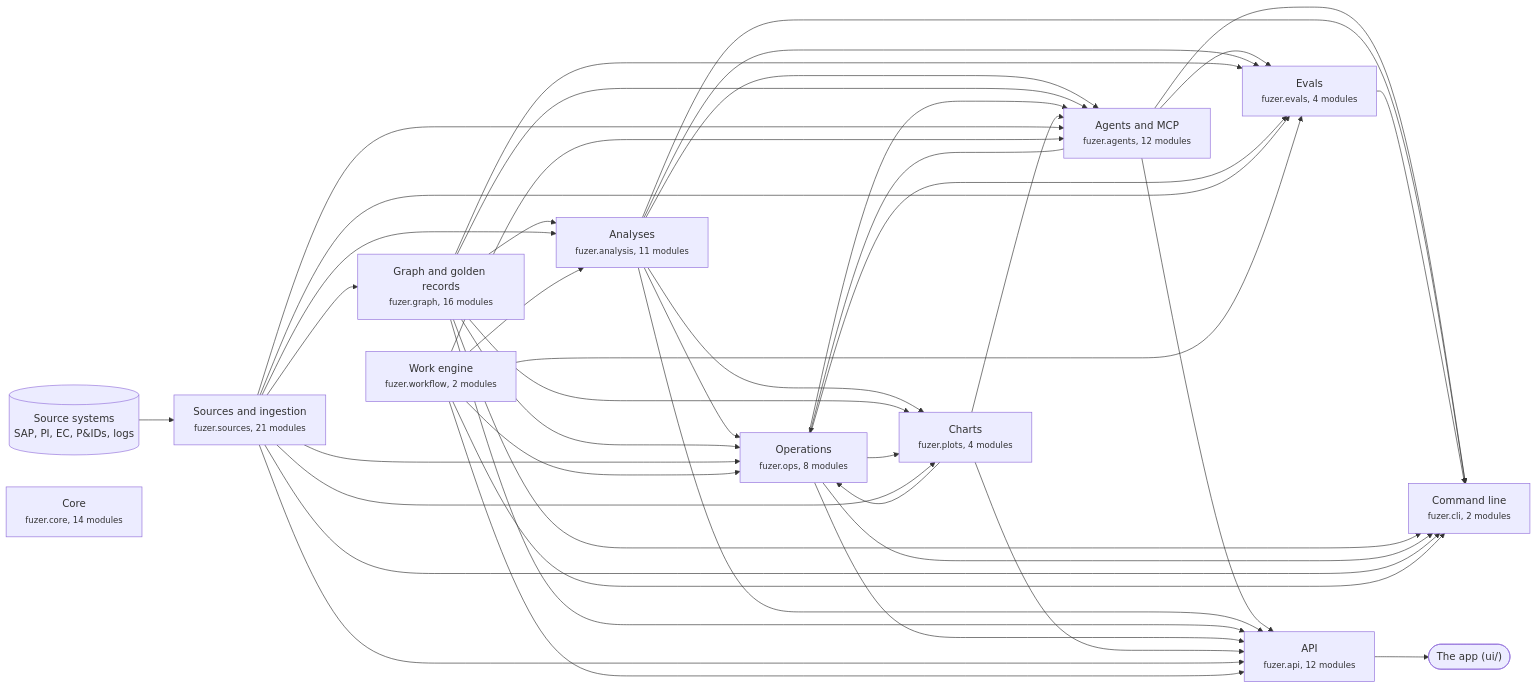
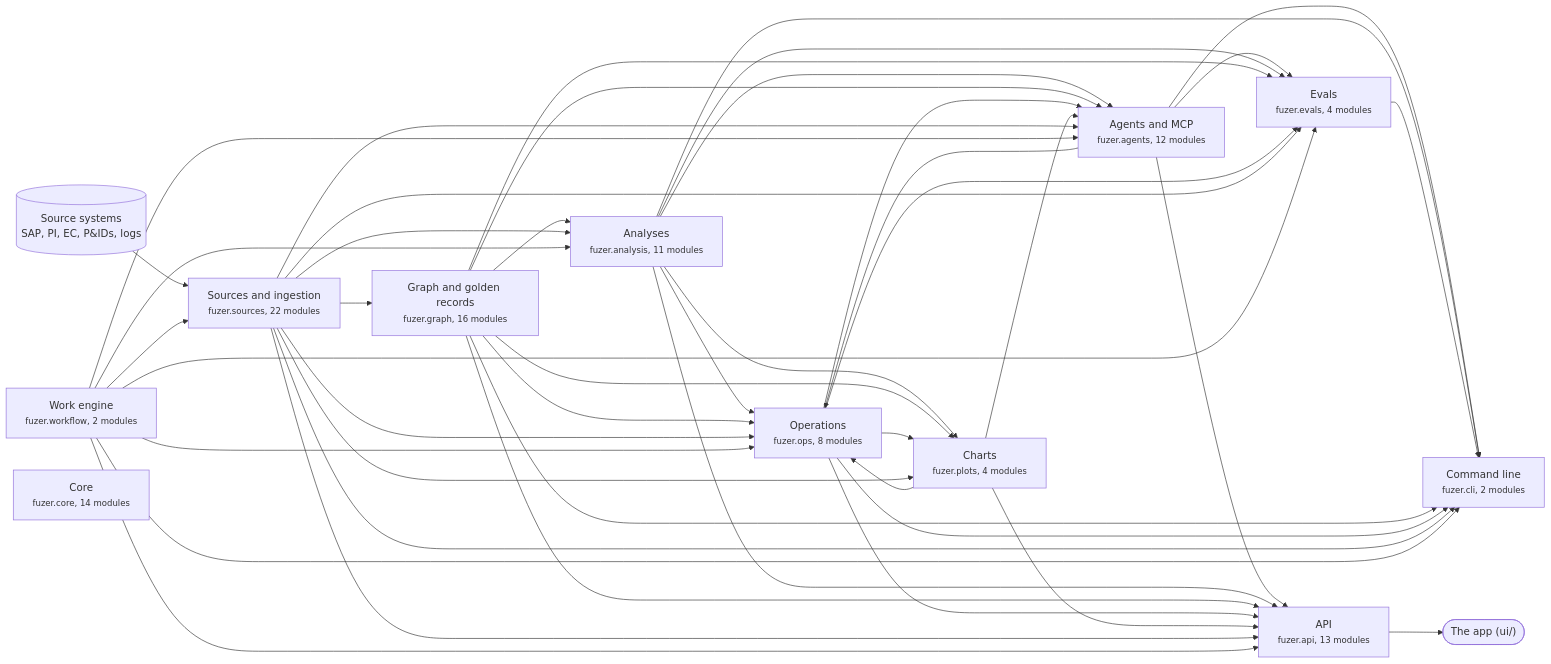
Before and after one commit to areed145/fuzer: the first of 3 diagrams in docs/architecture.md, drawn with Mermaid. The commit also changed other lines of this file and 13 other files, not shown here.

````diff
--- a/docs/architecture.md
+++ b/docs/architecture.md
@@ -8,68 +8,69 @@
 ```mermaid
 flowchart LR
   systems[("Source systems<br>SAP, PI, EC, P&IDs, logs")] --> c_sources
   app(["The app (ui/)"])
   c_api --> app
-  c_sources["Sources and ingestion<br><small>fuzer.sources, 21 modules</small>"]
+  c_sources["Sources and ingestion<br><small>fuzer.sources, 22 modules</small>"]
   c_graph["Graph and golden records<br><small>fuzer.graph, 16 modules</small>"]
   c_analysis["Analyses<br><small>fuzer.analysis, 11 modules</small>"]
   c_ops["Operations<br><small>fuzer.ops, 8 modules</small>"]
   c_plots["Charts<br><small>fuzer.plots, 4 modules</small>"]
   c_workflow["Work engine<br><small>fuzer.workflow, 2 modules</small>"]
   c_agents["Agents and MCP<br><small>fuzer.agents, 12 modules</small>"]
   c_evals["Evals<br><small>fuzer.evals, 4 modules</small>"]
-  c_api["API<br><small>fuzer.api, 12 modules</small>"]
+  c_api["API<br><small>fuzer.api, 13 modules</small>"]
   c_cli["Command line<br><small>fuzer.cli, 2 modules</small>"]
   c_core["Core<br><small>fuzer.core, 14 modules</small>"]
+  c_workflow --> c_sources
   c_sources --> c_graph
   c_graph --> c_analysis
   c_sources --> c_analysis
   c_workflow --> c_analysis
   c_agents --> c_ops
   c_analysis --> c_ops
   c_graph --> c_ops
   c_plots --> c_ops
   c_sources --> c_ops
   c_workflow --> c_ops
   c_analysis --> c_plots
   c_graph --> c_plots
   c_ops --> c_plots
   c_sources --> c_plots
   c_analysis --> c_agents
   c_graph --> c_agents
   c_ops --> c_agents
   c_plots --> c_agents
   c_sources --> c_agents
   c_workflow --> c_agents
   c_agents --> c_evals
   c_analysis --> c_evals
   c_graph --> c_evals
   c_ops --> c_evals
   c_sources --> c_evals
   c_workflow --> c_evals
   c_agents --> c_api
   c_analysis --> c_api
   c_graph --> c_api
   c_ops --> c_api
   c_plots --> c_api
   c_sources --> c_api
   c_workflow --> c_api
   c_agents --> c_cli
   c_analysis --> c_cli
   c_evals --> c_cli
   c_graph --> c_cli
   c_ops --> c_cli
   c_sources --> c_cli
   c_workflow --> c_cli
   click c_sources "https://github.com/areed145/fuzer/tree/main/src/fuzer/sources"
   click c_graph "https://github.com/areed145/fuzer/tree/main/src/fuzer/graph"
   click c_analysis "https://github.com/areed145/fuzer/tree/main/src/fuzer/analysis"
   click c_ops "https://github.com/areed145/fuzer/tree/main/src/fuzer/ops"
   click c_plots "https://github.com/areed145/fuzer/tree/main/src/fuzer/plots"
   click c_workflow "https://github.com/areed145/fuzer/tree/main/src/fuzer/workflow"
   click c_agents "https://github.com/areed145/fuzer/tree/main/src/fuzer/agents"
   click c_evals "https://github.com/areed145/fuzer/tree/main/src/fuzer/evals"
   click c_api "https://github.com/areed145/fuzer/tree/main/src/fuzer/api"
   click c_cli "https://github.com/areed145/fuzer/tree/main/src/fuzer/cli"
   click c_core "https://github.com/areed145/fuzer/tree/main/src/fuzer/core"
 ```
````
